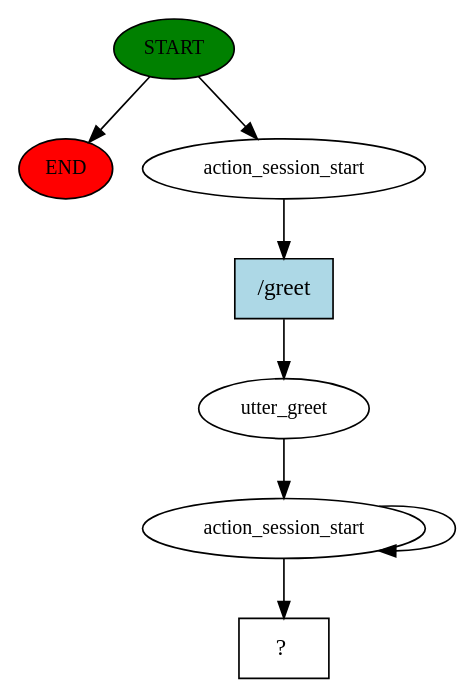
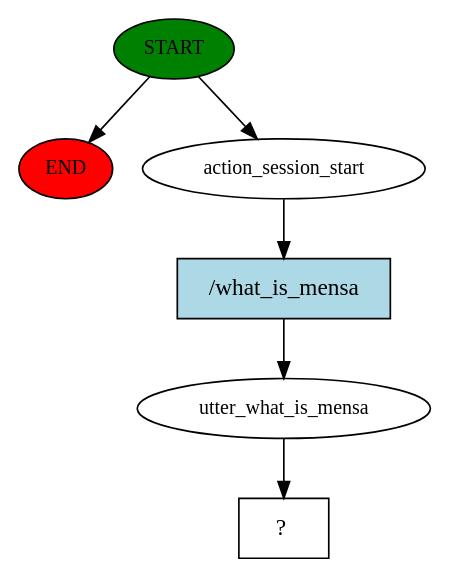
Before and after one commit to AndrejAlpatov/DSA_RASA: the diagram in models/1/story_graph.dot, drawn with Graphviz. The commit also changed 8 other files, not shown here.

```diff
--- a/models/1/story_graph.dot
+++ b/models/1/story_graph.dot
@@ -1,16 +1,13 @@
 digraph  {
 0 [class="start active", fillcolor=green, fontsize=12, label=START, style=filled];
 "-1" [class=end, fillcolor=red, fontsize=12, label=END, style=filled];
 1 [class=active, fontsize=12, label=action_session_start];
-2 [class=active, fontsize=12, label=utter_greet];
-3 [class=active, fontsize=12, label=action_session_start];
-5 [class="intent dashed active", label="  ?  ", shape=rect];
-6 [class="intent active", fillcolor=lightblue, label="/greet", shape=rect, style=filled];
+2 [class=active, fontsize=12, label=utter_what_is_mensa];
+3 [class="intent dashed active", label="  ?  ", shape=rect];
+4 [class="intent active", fillcolor=lightblue, label="/what_is_mensa", shape=rect, style=filled];
 0 -> "-1"  [class="", key=NONE, label=""];
 0 -> 1  [class=active, key=NONE, label=""];
-1 -> 6  [class=active, key=0];
+1 -> 4  [class=active, key=0];
 2 -> 3  [class=active, key=NONE, label=""];
-3 -> 5  [class=active, key=NONE, label=""];
-3 -> 3  [class=active, key=NONE, label=""];
-6 -> 2  [class=active, key=0];
+4 -> 2  [class=active, key=0];
 }
```
